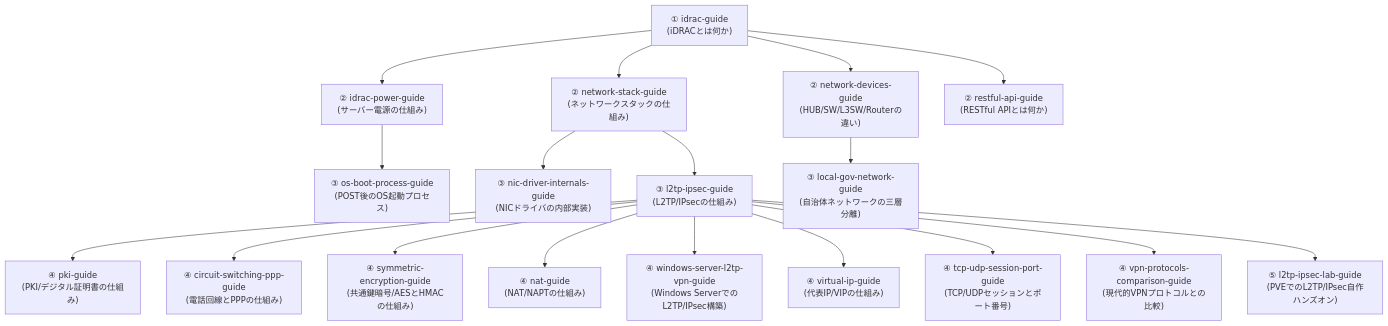
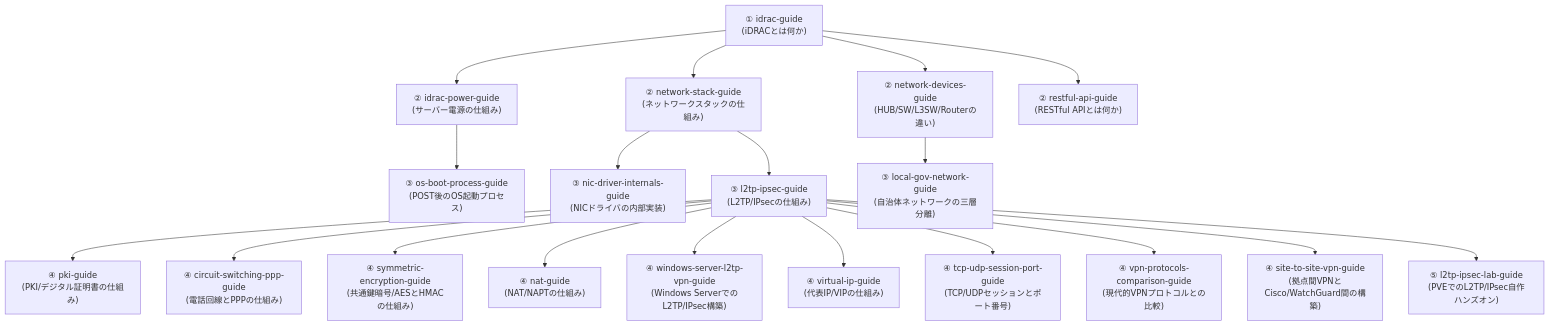
One commit to koikoi1998/koikoi-blog-20260723 changed the diagram in src/pages/sitemap.md. Above: the diagram before and after it, drawn with Mermaid. The commit also changed other lines of this file and 7 other files, not shown here.

First line of the commit message:
拠点間VPN(Site-to-Site VPN)記事を新設し、l2tp-ipsec-guideのトンネルモード節から深掘りリンクを追加

````diff
--- a/src/pages/sitemap.md
+++ b/src/pages/sitemap.md
@@ -22,39 +22,41 @@
 ```mermaid
 graph TB
     Idrac["① idrac-guide<br/>(iDRACとは何か)"]
     Power["② idrac-power-guide<br/>(サーバー電源の仕組み)"]
     Net["② network-stack-guide<br/>(ネットワークスタックの仕組み)"]
     Devices["② network-devices-guide<br/>(HUB/SW/L3SW/Routerの違い)"]
     Api["② restful-api-guide<br/>(RESTful APIとは何か)"]
     Boot["③ os-boot-process-guide<br/>(POST後のOS起動プロセス)"]
     Nic["③ nic-driver-internals-guide<br/>(NICドライバの内部実装)"]
     L2tp["③ l2tp-ipsec-guide<br/>(L2TP/IPsecの仕組み)"]
     GovNet["③ local-gov-network-guide<br/>(自治体ネットワークの三層分離)"]
     Pki["④ pki-guide<br/>(PKI/デジタル証明書の仕組み)"]
     Circuit["④ circuit-switching-ppp-guide<br/>(電話回線とPPPの仕組み)"]
     Sym["④ symmetric-encryption-guide<br/>(共通鍵暗号/AESとHMACの仕組み)"]
     Nat["④ nat-guide<br/>(NAT/NAPTの仕組み)"]
     Winvpn["④ windows-server-l2tp-vpn-guide<br/>(Windows ServerでのL2TP/IPsec構築)"]
     Vip["④ virtual-ip-guide<br/>(代表IP/VIPの仕組み)"]
     TcpUdp["④ tcp-udp-session-port-guide<br/>(TCP/UDPセッションとポート番号)"]
     VpnCompare["④ vpn-protocols-comparison-guide<br/>(現代的VPNプロトコルとの比較)"]
+    S2s["④ site-to-site-vpn-guide<br/>(拠点間VPNとCisco/WatchGuard間の構築)"]
     L2tpLab["⑤ l2tp-ipsec-lab-guide<br/>(PVEでのL2TP/IPsec自作ハンズオン)"]
 
     Idrac --> Power
     Idrac --> Net
     Idrac --> Devices
     Idrac --> Api
     Power --> Boot
     Net --> Nic
     Net --> L2tp
     Devices --> GovNet
     L2tp --> Pki
     L2tp --> Circuit
     L2tp --> Sym
     L2tp --> Nat
     L2tp --> Winvpn
     L2tp --> Vip
     L2tp --> TcpUdp
     L2tp --> VpnCompare
+    L2tp --> S2s
     L2tp --> L2tpLab
 ```
````
